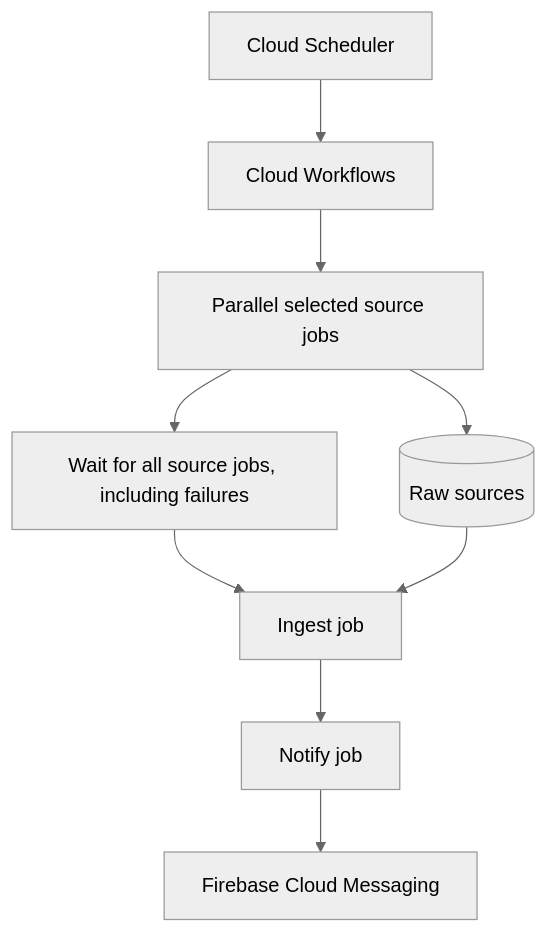
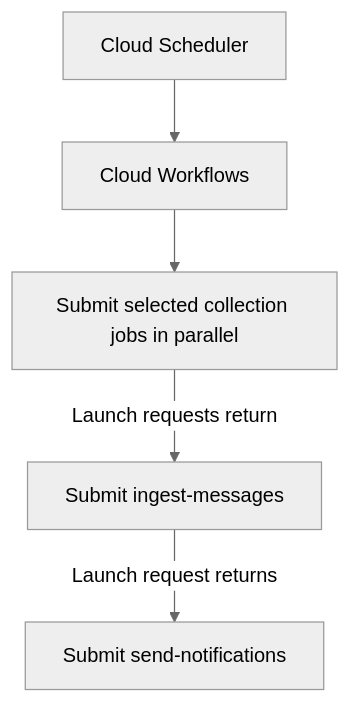
Before and after one commit to vbuch/oboapp: the diagram in docs/features/cloud-workflows.md, drawn with Mermaid (neutral theme). The commit also changed other lines of this file, not shown here.

Commit message:
docs: distinguish Cloud Run launches from completed scans

````diff
--- a/docs/features/cloud-workflows.md
+++ b/docs/features/cloud-workflows.md
@@ -19,11 +7,7 @@
 ```mermaid
 flowchart TD
     schedule[Cloud Scheduler] --> workflow[Cloud Workflows]
-    workflow --> packaged[Parallel selected source jobs]
-    packaged --> raw[(Raw sources)]
-    packaged --> join[Wait for all source jobs, including failures]
-    join --> ingest[Ingest job]
-    raw --> ingest
-    ingest --> notify[Notify job]
-    notify --> fcm[Firebase Cloud Messaging]
+    workflow --> collectors[Submit selected collection jobs in parallel]
+    collectors -->|Launch requests return| ingest[Submit ingest-messages]
+    ingest -->|Launch request returns| notify[Submit send-notifications]
 ```
````
